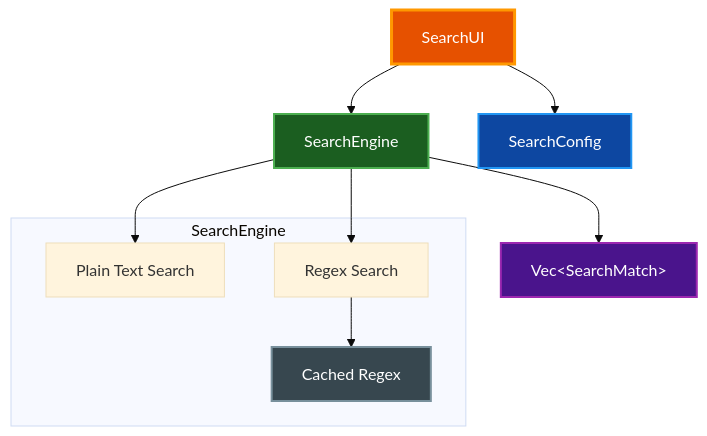
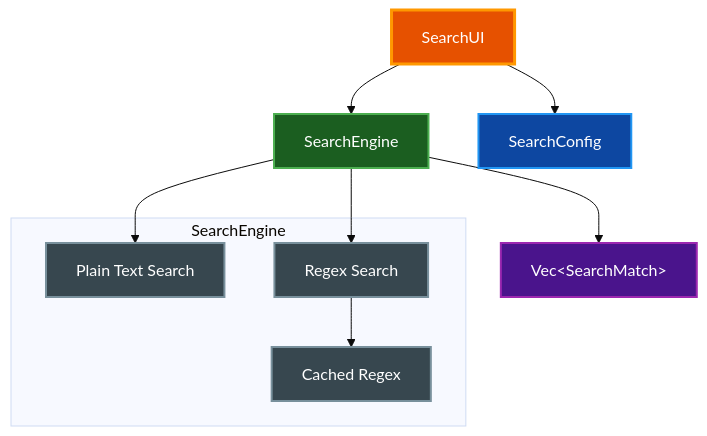
Before and after one commit to paulrobello/par-term: the third of 3 diagrams in docs/features/SEARCH.md, drawn with Mermaid (base theme). The commit also changed other lines of this file and 40 other files, not shown here.

First line of the commit message:
docs: sync docs/ to implementation; fix CLAUDE.md dep graph

````diff
--- a/docs/features/SEARCH.md
+++ b/docs/features/SEARCH.md
@@ -182,27 +188,33 @@
 ```mermaid
 graph TD
     UI[SearchUI]
     Engine[SearchEngine]
     Config[SearchConfig]
     Matches[Vec&lt;SearchMatch&gt;]
 
     UI --> Engine
     UI --> Config
     Engine --> Matches
 
     subgraph SearchEngine
         PlainSearch[Plain Text Search]
         RegexSearch[Regex Search]
         Cache[Cached Regex]
     end
 
     Engine --> PlainSearch
     Engine --> RegexSearch
     RegexSearch --> Cache
 
-    style UI fill:#e65100,stroke:#ff9800,stroke-width:3px,color:#ffffff
-    style Engine fill:#1b5e20,stroke:#4caf50,stroke-width:2px,color:#ffffff
-    style Config fill:#0d47a1,stroke:#2196f3,stroke-width:2px,color:#ffffff
-    style Matches fill:#4a148c,stroke:#9c27b0,stroke-width:2px,color:#ffffff
-    style Cache fill:#37474f,stroke:#78909c,stroke-width:2px,color:#ffffff
+    class UI primary
+    class Engine active
+    class Config data
+    class Matches external
+    class Cache,PlainSearch,RegexSearch neutral
+
+    classDef primary fill:#e65100,stroke:#ff9800,stroke-width:3px,color:#ffffff
+    classDef active fill:#1b5e20,stroke:#4caf50,stroke-width:2px,color:#ffffff
+    classDef data fill:#0d47a1,stroke:#2196f3,stroke-width:2px,color:#ffffff
+    classDef external fill:#4a148c,stroke:#9c27b0,stroke-width:2px,color:#ffffff
+    classDef neutral fill:#37474f,stroke:#78909c,stroke-width:2px,color:#ffffff
 ```
````
